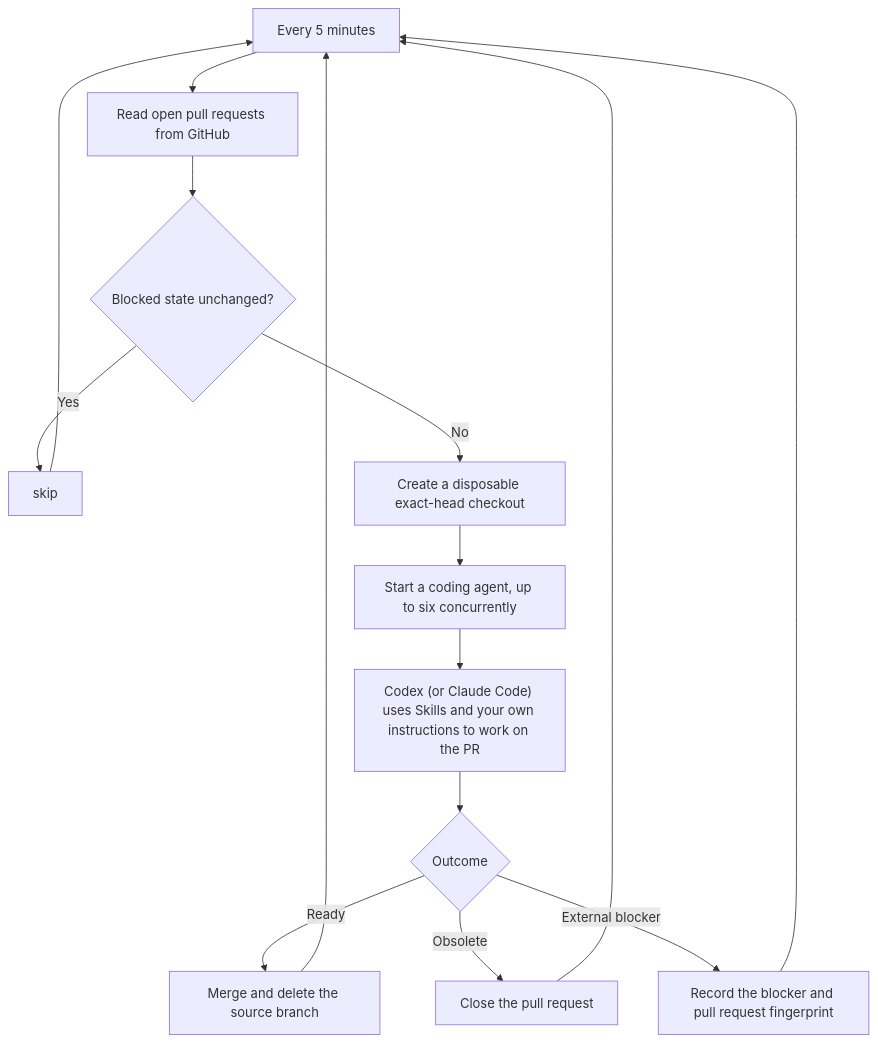
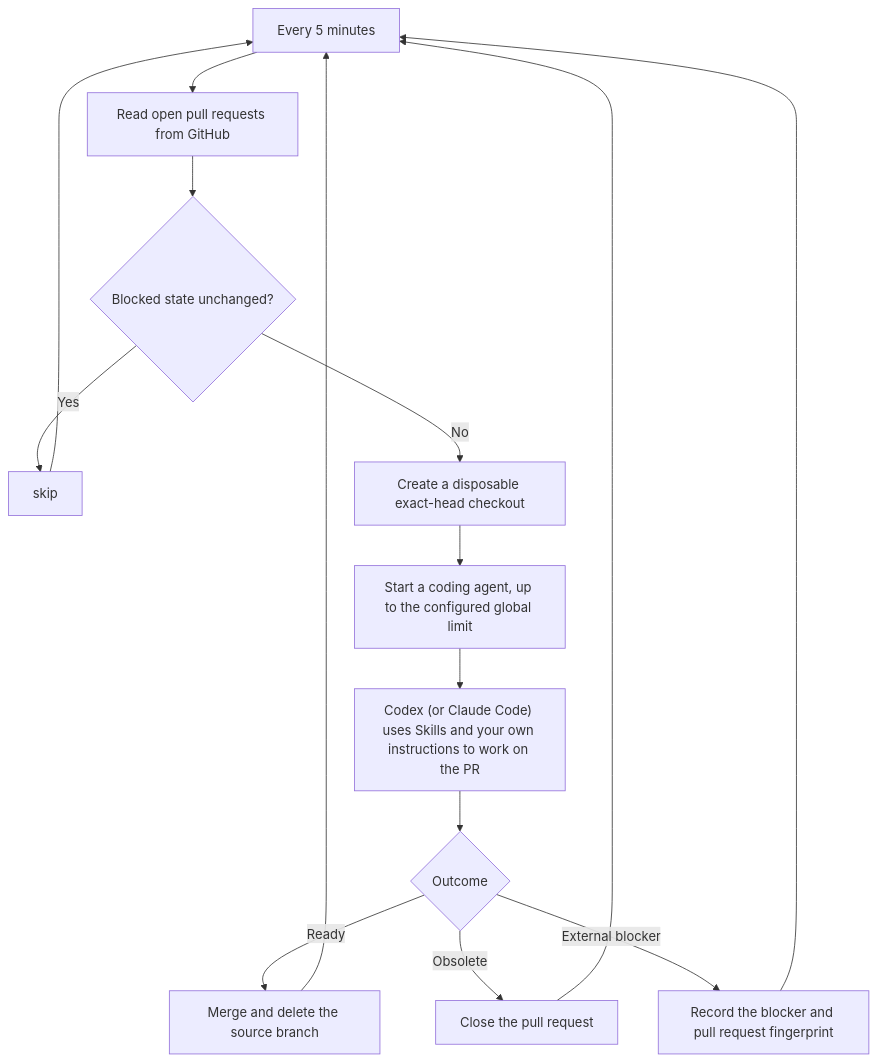
Before and after one commit to vite-hub/babysitter: the diagram in README.md, drawn with Mermaid. The commit also changed other lines of this file and 6 other files, not shown here.

````diff
--- a/README.md
+++ b/README.md
@@ -7,17 +7,17 @@
 ```mermaid
 flowchart TD
     schedule["Every 5 minutes"] --> discover["Read open pull requests from GitHub"]
     discover --> unchanged{"Blocked state unchanged?"}
     unchanged -- Yes --> skip
     skip --> schedule
     unchanged -- No --> checkout["Create a disposable exact-head checkout"]
-    checkout --> agent["Start a coding agent, up to six concurrently"]
+    checkout --> agent["Start a coding agent, up to the configured global limit"]
     agent --> work["Codex (or Claude Code) uses Skills and your own instructions to work on the PR"]
     work --> outcome{"Outcome"}
     outcome -- Ready --> merge["Merge and delete the source branch"]
     outcome -- Obsolete --> close["Close the pull request"]
     outcome -- External blocker --> block["Record the blocker and pull request fingerprint"]
     block --> schedule
     merge --> schedule
     close --> schedule
 ```
````
